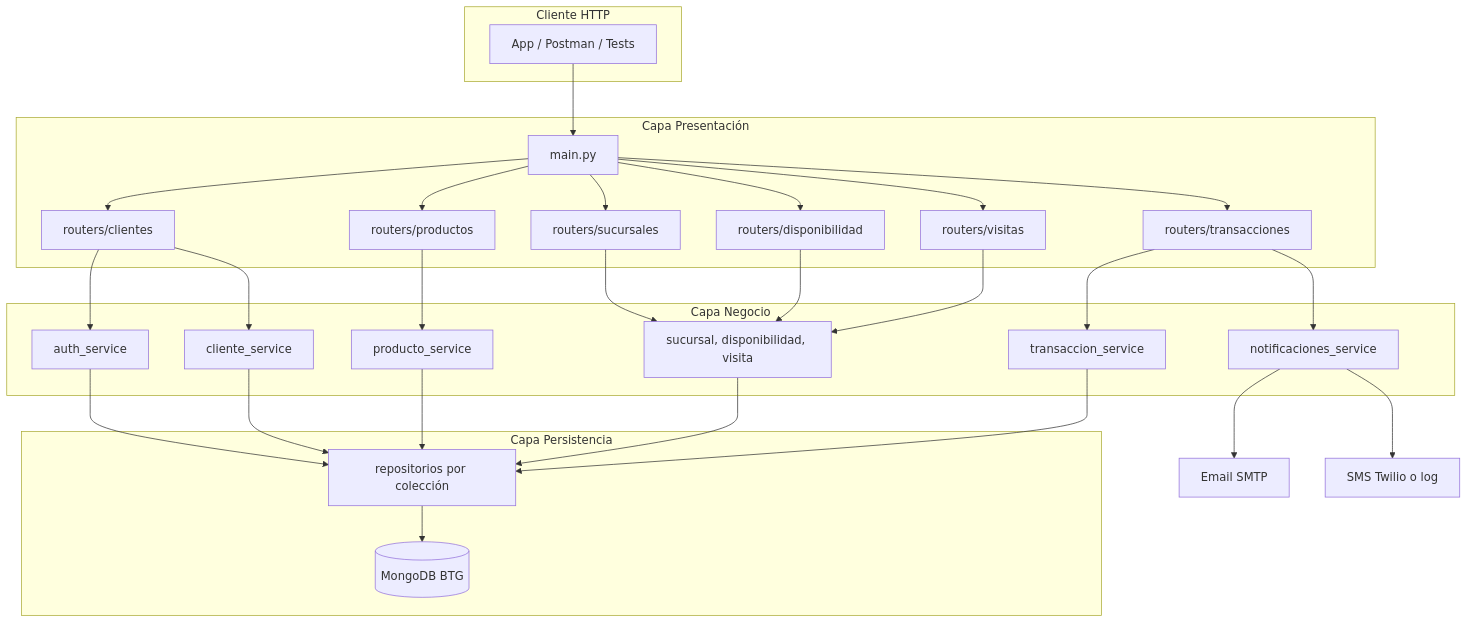
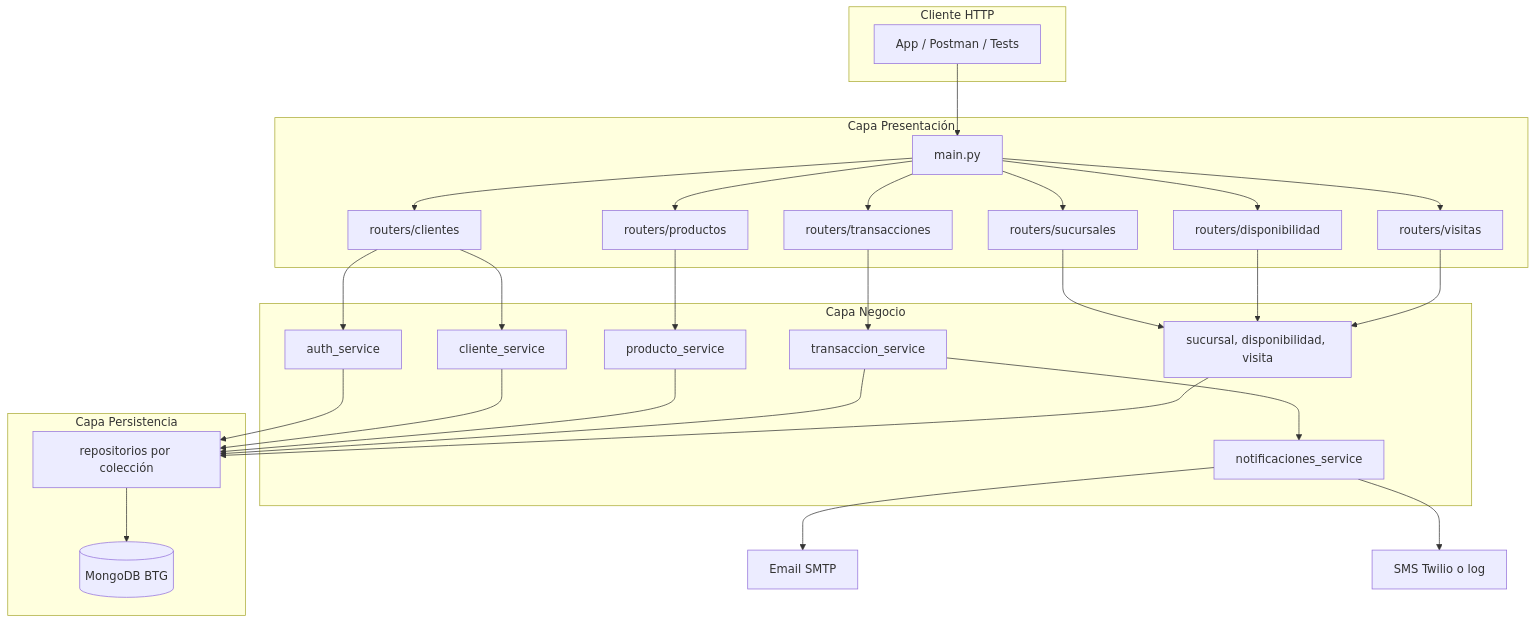
The first of 5 diagrams in docs/ARQUITECTURA_FONDOS360.md (daancabo97/Api-fondos), drawn with Mermaid before and after one commit. The commit also changed other lines of this file and 28 other files, not shown here.

````diff
--- a/docs/ARQUITECTURA_FONDOS360.md
+++ b/docs/ARQUITECTURA_FONDOS360.md
@@ -77,48 +77,48 @@
 ```mermaid
 flowchart TB
     subgraph Cliente["Cliente HTTP"]
         WEB[App / Postman / Tests]
     end
 
     subgraph Presentacion["Capa Presentación"]
         MAIN[main.py]
         R_CLI[routers/clientes]
         R_PRO[routers/productos]
         R_SUC[routers/sucursales]
         R_DIS[routers/disponibilidad]
         R_VIS[routers/visitas]
         R_TRX[routers/transacciones]
     end
 
     subgraph Servicios["Capa Negocio"]
         AUTH[auth_service]
         CLI[cliente_service]
         PRO[producto_service]
         TRX[transaccion_service]
         NOTIF[notificaciones_service]
         OTROS[sucursal, disponibilidad, visita]
     end
 
     subgraph Persistencia["Capa Persistencia"]
         REPOS[repositorios por colección]
         DB[(MongoDB BTG)]
     end
 
     WEB --> MAIN
     MAIN --> R_CLI & R_PRO & R_SUC & R_DIS & R_VIS & R_TRX
     R_CLI --> AUTH & CLI
     R_PRO --> PRO
     R_SUC --> OTROS
     R_DIS --> OTROS
     R_VIS --> OTROS
     R_TRX --> TRX
-    R_TRX --> NOTIF
+    TRX --> NOTIF
     AUTH --> REPOS
     CLI --> REPOS
     PRO --> REPOS
     TRX --> REPOS
     OTROS --> REPOS
     REPOS --> DB
     NOTIF --> EMAIL[Email SMTP]
     NOTIF --> SMS[SMS Twilio o log]
 ```
````
